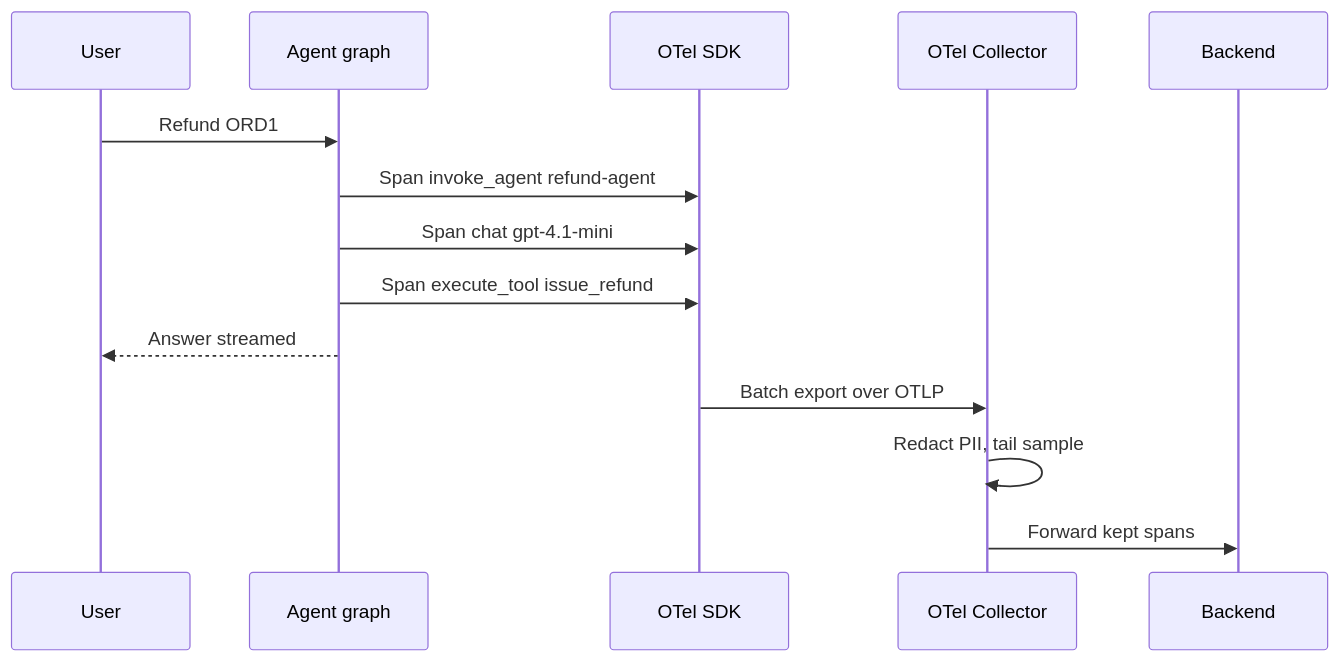
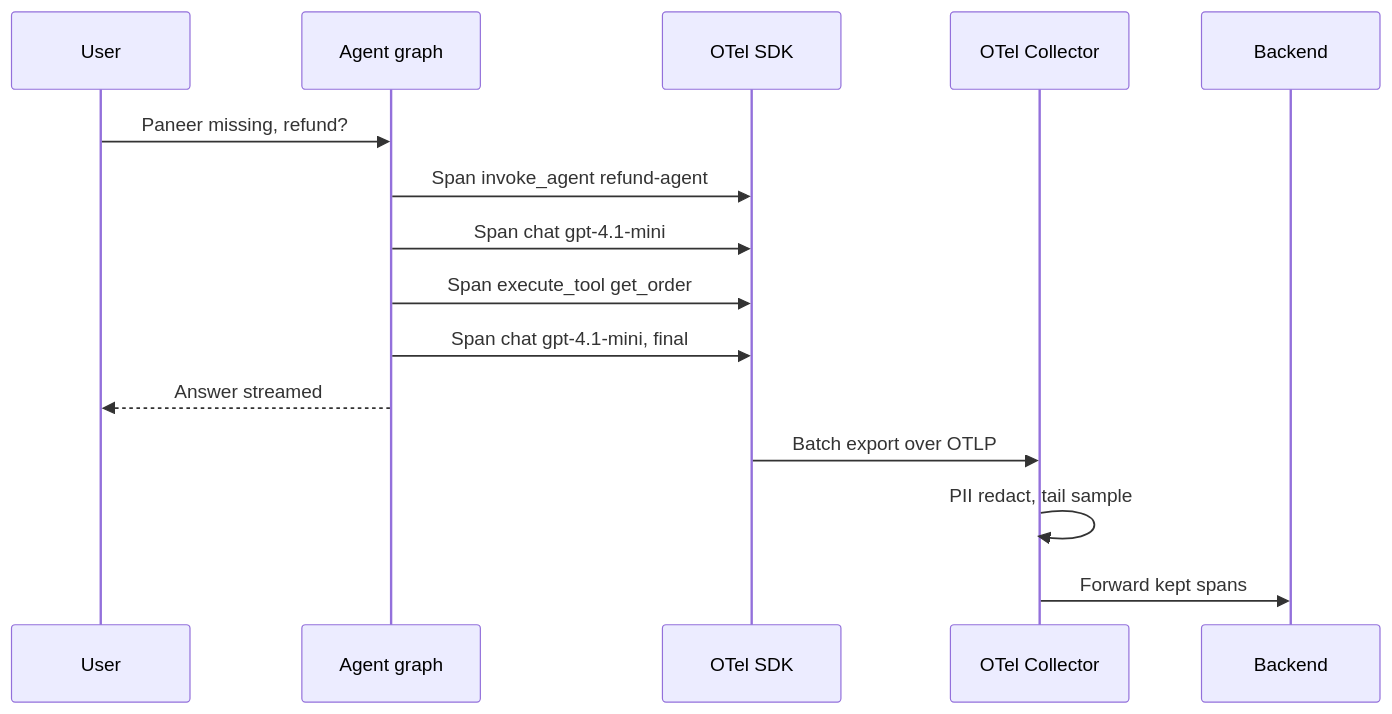
Before and after one commit to flow6979/viewinter: the fourth of 7 diagrams in content-en/11-agentic/10-agent-observability.md, drawn with Mermaid. The commit also changed other lines of this file and 26 other files, not shown here.

First line of the commit message:
Agentic AI: rewrite all 13 pages to explain from scratch; animate diagrams on every article

````diff
--- a/content-en/11-agentic/10-agent-observability.md
+++ b/content-en/11-agentic/10-agent-observability.md
@@ -184,16 +407,17 @@
 ```mermaid
 sequenceDiagram
     participant U as User
     participant G as Agent graph
     participant S as OTel SDK
     participant C as OTel Collector
     participant B as Backend
-    U->>G: Refund ORD1
+    U->>G: Paneer missing, refund?
     G->>S: Span invoke_agent refund-agent
     G->>S: Span chat gpt-4.1-mini
-    G->>S: Span execute_tool issue_refund
+    G->>S: Span execute_tool get_order
+    G->>S: Span chat gpt-4.1-mini, final
     G-->>U: Answer streamed
     S->>C: Batch export over OTLP
-    C->>C: Redact PII, tail sample
+    C->>C: PII redact, tail sample
     C->>B: Forward kept spans
 ```
````
